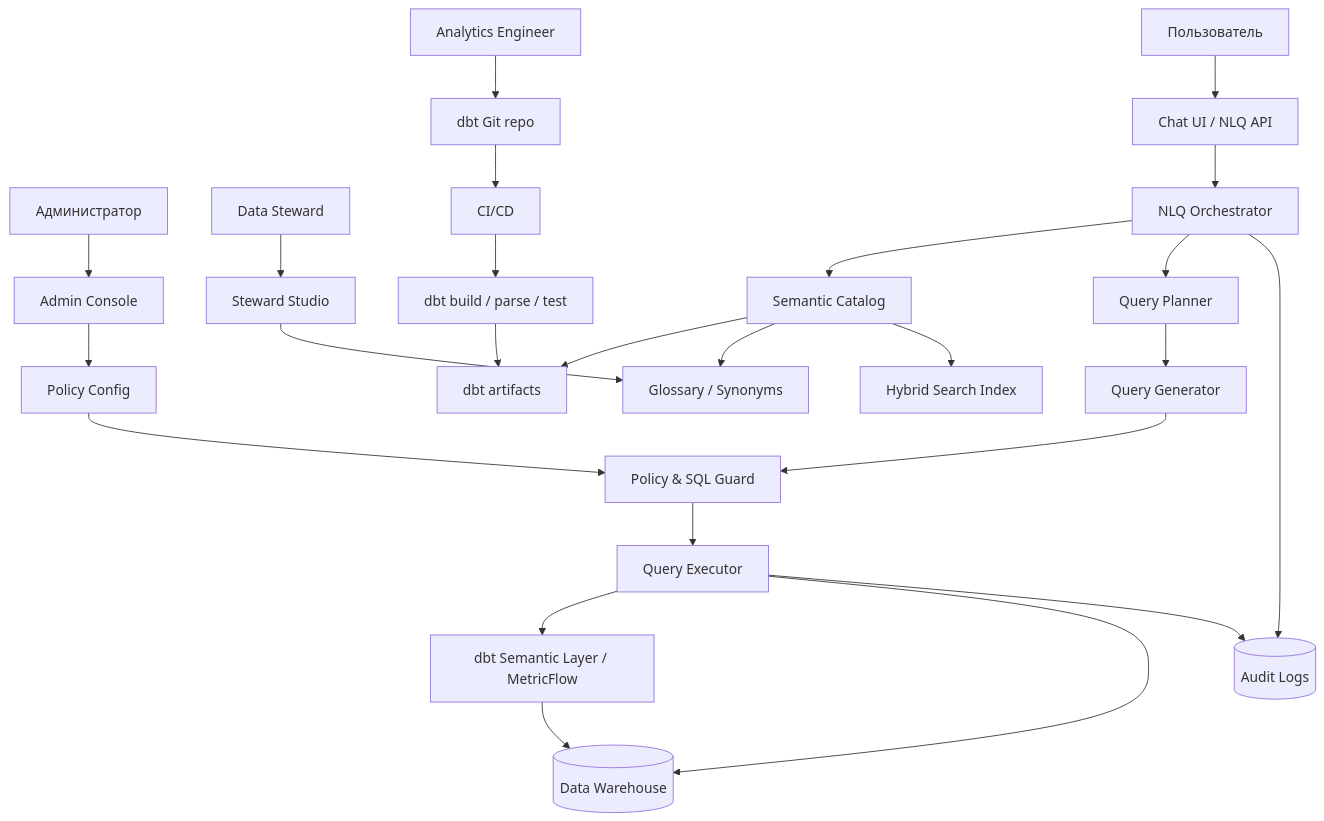
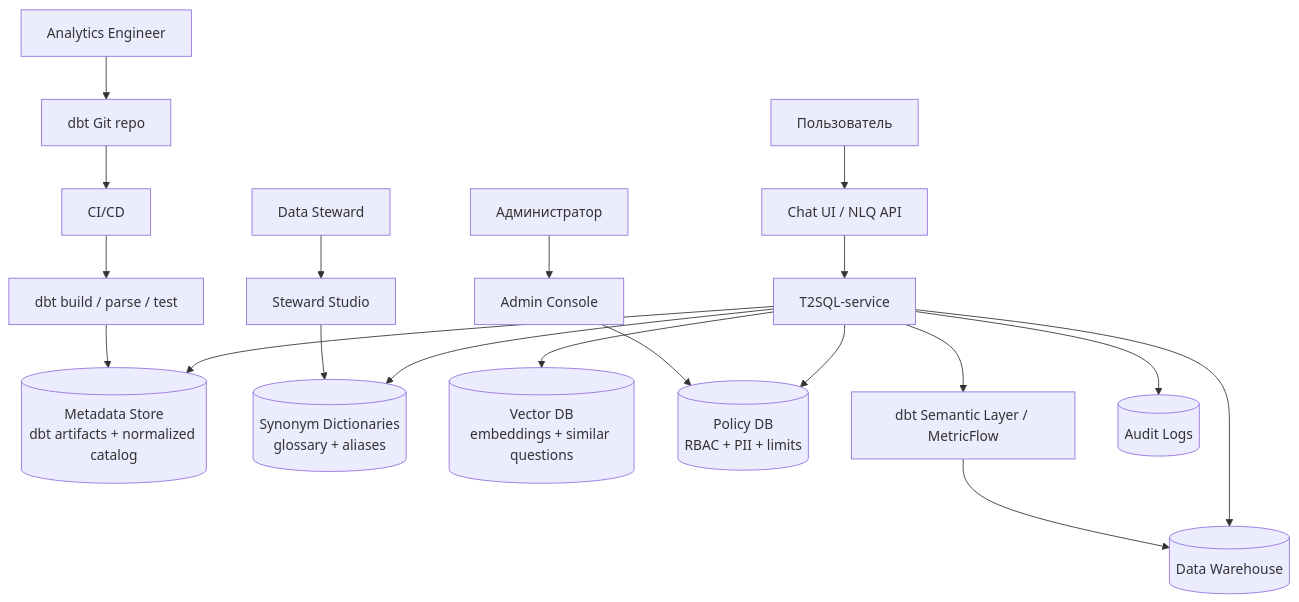
One commit to MikeYu123/texttosql changed the first of 3 diagrams in spec.md. Above: the diagram before and after it, drawn with Mermaid. The commit also changed other lines of this file and 2 other files, not shown here.

Commit message:
Expand spec for T2SQL-service and dbt semantic layer

````diff
--- a/spec.md
+++ b/spec.md
@@ -29,33 +37,27 @@
 ```mermaid
 flowchart TB
     User[Пользователь] --> UI[Chat UI / NLQ API]
     Admin[Администратор] --> AdminUI[Admin Console]
     Steward[Data Steward] --> StewardUI[Steward Studio]
     AE[Analytics Engineer] --> Git[dbt Git repo]
 
-    UI --> Orchestrator[NLQ Orchestrator]
-    Orchestrator --> Catalog[Semantic Catalog]
-    Orchestrator --> Planner[Query Planner]
-    Planner --> Generator[Query Generator]
-    Generator --> Guard[Policy & SQL Guard]
-    Guard --> Executor[Query Executor]
+    UI --> T2SQL[T2SQL-service]
 
-    Catalog --> Artifacts[dbt artifacts]
-    Catalog --> Glossary[Glossary / Synonyms]
-    Catalog --> Search[Hybrid Search Index]
+    T2SQL --> Metadata[(Metadata Store<br/>dbt artifacts + normalized catalog)]
+    T2SQL --> Synonyms[(Synonym Dictionaries<br/>glossary + aliases)]
+    T2SQL --> VectorDB[(Vector DB<br/>embeddings + similar questions)]
+    T2SQL --> PolicyDB[(Policy DB<br/>RBAC + PII + limits)]
 
     Git --> CI[CI/CD]
     CI --> dbt[dbt build / parse / test]
-    dbt --> Artifacts
+    dbt --> Metadata
 
-    Executor --> SL[dbt Semantic Layer / MetricFlow]
-    Executor --> DWH[(Data Warehouse)]
+    T2SQL --> SL[dbt Semantic Layer / MetricFlow]
+    T2SQL --> DWH[(Data Warehouse)]
     SL --> DWH
 
-    Executor --> Audit[(Audit Logs)]
-    Orchestrator --> Audit
+    T2SQL --> Audit[(Audit Logs)]
 
-    AdminUI --> Policy[Policy Config]
-    Policy --> Guard
-    StewardUI --> Glossary
+    AdminUI --> PolicyDB
+    StewardUI --> Synonyms
 ```
````
